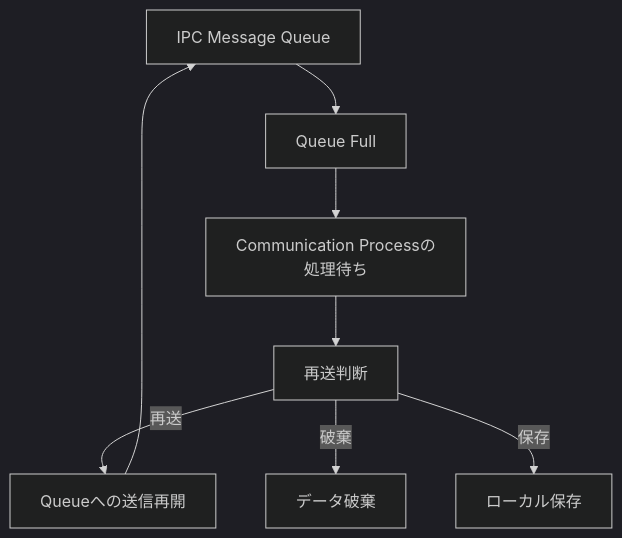
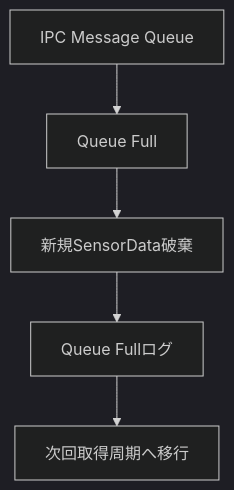
Before and after one commit to yujimasuda77777/Raspberry_Pi_4B_Edge_IoT_System: diagram 20 of 46 in docs/05_operation_recovery.md, drawn with Mermaid (dark theme). The commit also changed other lines of this file and 1 other file, not shown here.

````diff
--- a/docs/05_operation_recovery.md
+++ b/docs/05_operation_recovery.md
@@ -1070,20 +1025,13 @@
 ```mermaid
 flowchart TD
     Queue["IPC Message Queue"]
     Full["Queue Full"]
-    Wait["Communication Processの処理待ち"]
-    Retry["再送判断"]
-    Discard["データ破棄"]
-    Store["ローカル保存"]
-    Resume["Queueへの送信再開"]
+    Discard["新規SensorData破棄"]
+    Log["Queue Fullログ"]
+    Resume["次回取得周期へ移行"]
 
     Queue --> Full
-    Full --> Wait
-    Wait --> Retry
-
-    Retry -->|再送| Resume
-    Retry -->|破棄| Discard
-    Retry -->|保存| Store
-
-    Resume --> Queue
+    Full --> Discard
+    Discard --> Log
+    Log --> Resume
 ```
````
